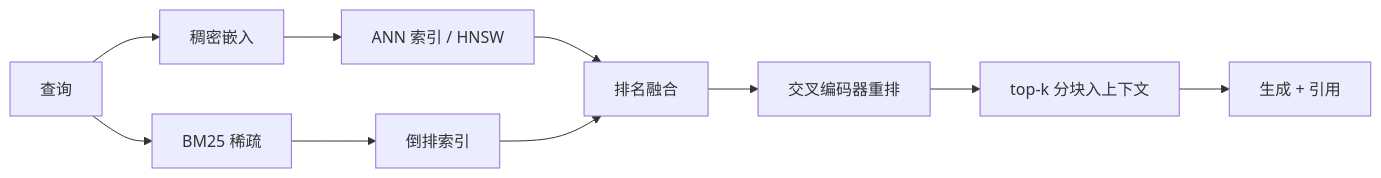
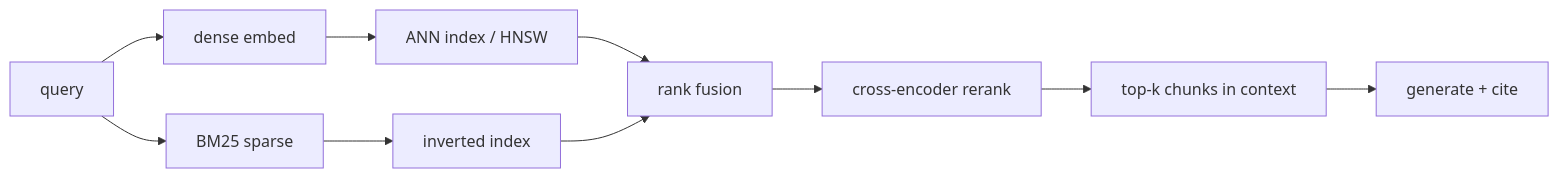
Before and after one commit to latere-ai/ai-as-an-infrastructure: the second of 3 diagrams in zh/p5-orchestration/25-rag-retrieval.qmd, drawn with Mermaid. The commit also changed other lines of this file and 106 other files, not shown here.

````diff
--- a/zh/p5-orchestration/25-rag-retrieval.qmd
+++ b/zh/p5-orchestration/25-rag-retrieval.qmd
@@ -137,14 +95,14 @@
 ```{mermaid}
 %%| label: fig-rag-funnel
-%%| fig-cap: "朴素 RAG 漏斗。左侧廉价而宽的阶段把一份短名单喂给右侧昂贵而锐的阶段，于是交叉编码器永远只对少数几个候选打分。"
+%%| fig-cap: "朴素 RAG 漏斗。左侧廉价而宽的阶段，把一份短名单喂给右侧昂贵而锐的阶段，于是交叉编码器永远只对少数几个候选打分。"
 flowchart LR
-  Q[查询] --> DE[稠密嵌入]
-  Q --> SP[BM25 稀疏]
-  DE --> ANN["ANN 索引 / HNSW"]
-  SP --> INV[倒排索引]
-  ANN --> FUSE[排名融合]
+  Q[query] --> DE[dense embed]
+  Q --> SP[BM25 sparse]
+  DE --> ANN["ANN index / HNSW"]
+  SP --> INV[inverted index]
+  ANN --> FUSE[rank fusion]
   INV --> FUSE
-  FUSE --> RR[交叉编码器重排]
-  RR --> CTX[top-k 分块入上下文]
-  CTX --> GEN["生成 + 引用"]
+  FUSE --> RR[cross-encoder rerank]
+  RR --> CTX[top-k chunks in context]
+  CTX --> GEN["generate + cite"]
 ```
````
